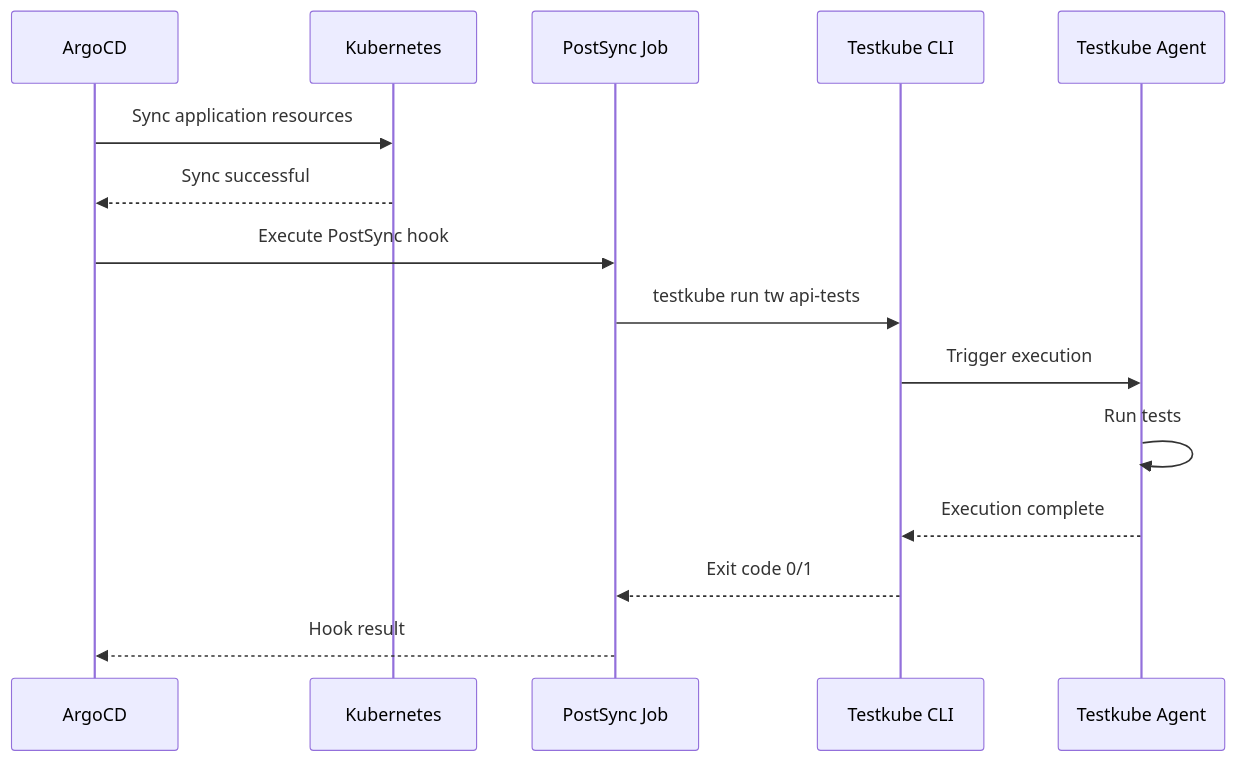
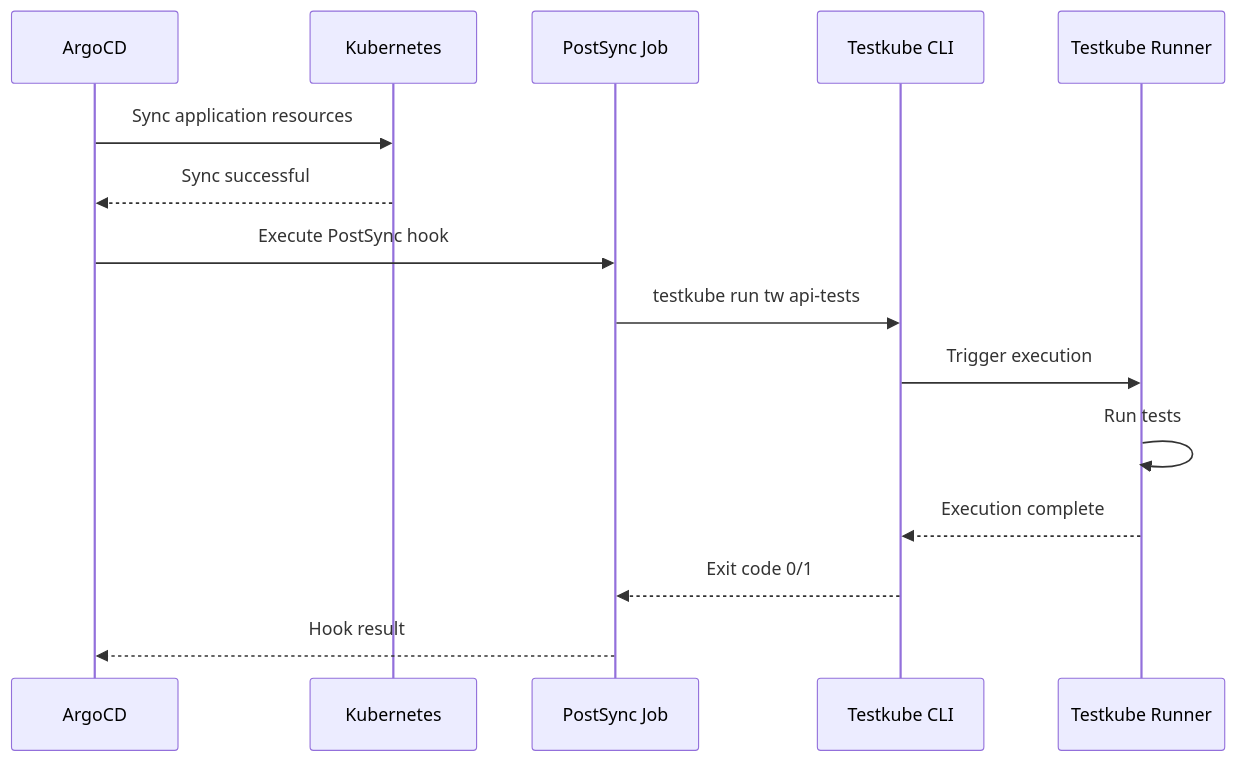
Before and after one commit to kubeshop/testkube-docs: the first of 2 diagrams in docs/articles/argocd-integration.md, drawn with Mermaid. The commit also changed other lines of this file and 91 other files, not shown here.

````diff
--- a/docs/articles/argocd-integration.md
+++ b/docs/articles/argocd-integration.md
@@ -36,18 +36,18 @@
 ```mermaid
 sequenceDiagram
     participant Argo as ArgoCD
     participant K8s as Kubernetes
     participant Hook as PostSync Job
     participant TK as Testkube CLI
-    participant Agent as Testkube Agent
+    participant Runner as Testkube Runner
 
     Argo->>K8s: Sync application resources
     K8s-->>Argo: Sync successful
     Argo->>Hook: Execute PostSync hook
     Hook->>TK: testkube run tw api-tests
-    TK->>Agent: Trigger execution
-    Agent->>Agent: Run tests
-    Agent-->>TK: Execution complete
+    TK->>Runner: Trigger execution
+    Runner->>Runner: Run tests
+    Runner-->>TK: Execution complete
     TK-->>Hook: Exit code 0/1
     Hook-->>Argo: Hook result
 ```
````
